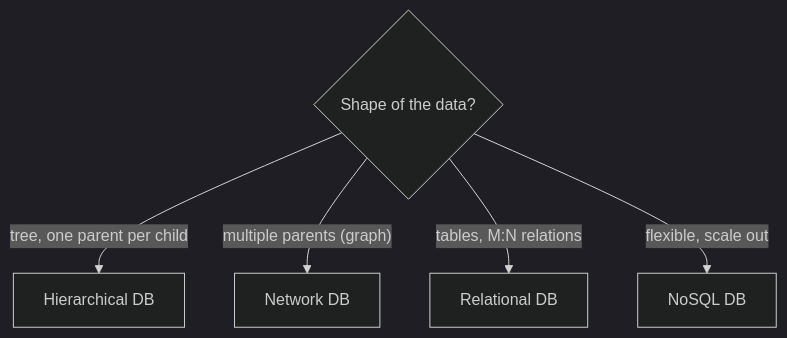
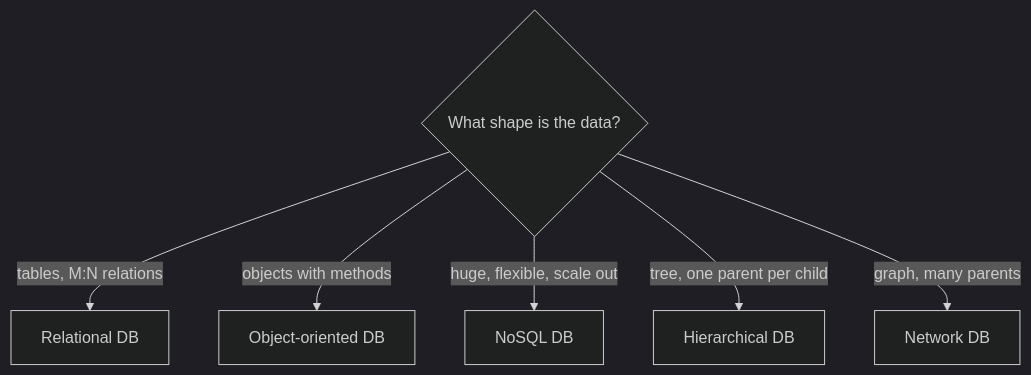
The ninth of 9 diagrams in dbms/16-types-of-databases.md (aaryan-pradhan/core-cs-fundamentals), drawn with Mermaid (dark theme) before and after one commit. The commit also changed other lines of this file, not shown here.

````diff
--- a/dbms/16-types-of-databases.md
+++ b/dbms/16-types-of-databases.md
@@ -196,8 +158,9 @@
 ```mermaid
 flowchart TB
-  Q{"Shape of the data?"}
+  Q{"What shape is the data?"}
+  Q -- "tables, M:N relations" --> R["Relational DB"]
+  Q -- "objects with methods" --> O["Object-oriented DB"]
+  Q -- "huge, flexible, scale out" --> NS["NoSQL DB"]
   Q -- "tree, one parent per child" --> H["Hierarchical DB"]
-  Q -- "multiple parents (graph)" --> N["Network DB"]
-  Q -- "tables, M:N relations" --> R["Relational DB"]
-  Q -- "flexible, scale out" --> NS["NoSQL DB"]
+  Q -- "graph, many parents" --> N["Network DB"]
 ```
````
